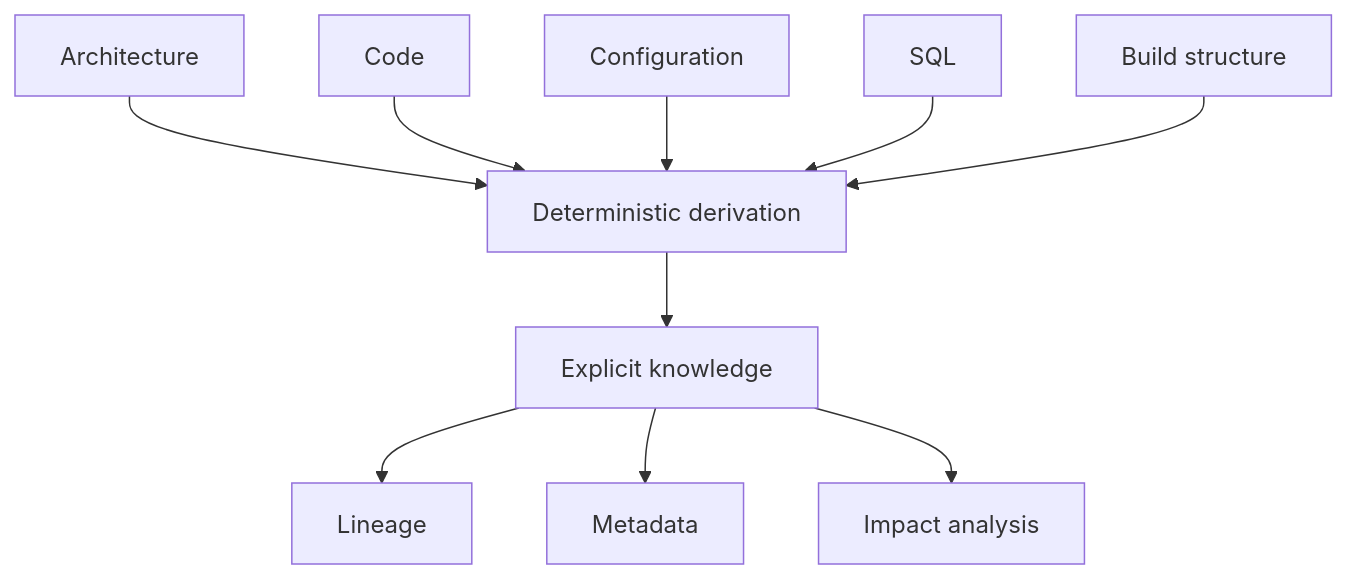
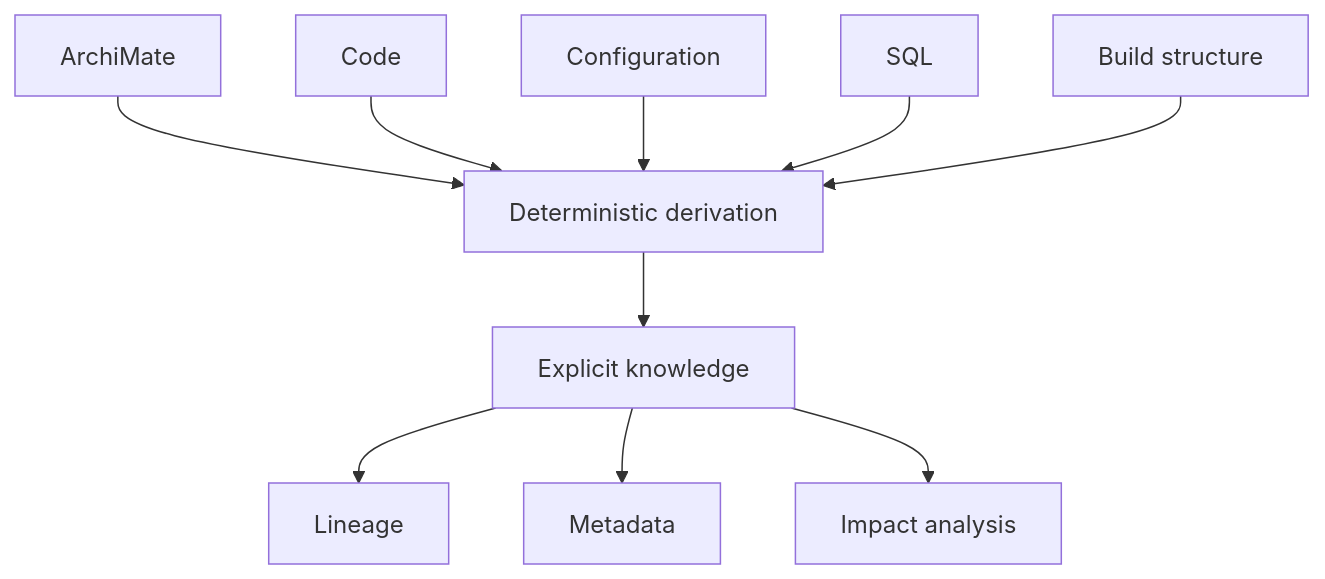
Before and after one commit to flowdigger/flowdigger.github.io: the first of 7 diagrams in docs/flowdigger-deterministic-knowledge-derivation.md, drawn with Mermaid. The commit also changed other lines of this file and 4 other files, not shown here.

````diff
--- a/docs/flowdigger-deterministic-knowledge-derivation.md
+++ b/docs/flowdigger-deterministic-knowledge-derivation.md
@@ -35,12 +35,12 @@
 ```mermaid
 flowchart TD
-    A[Architecture] --> D[Deterministic derivation]
+    A[ArchiMate] --> D[Deterministic derivation]
     C[Code] --> D
     F[Configuration] --> D
     S[SQL] --> D
     B[Build structure] --> D
     D --> K[Explicit knowledge]
     K --> L[Lineage]
     K --> M[Metadata]
     K --> I[Impact analysis]
 ```
````
